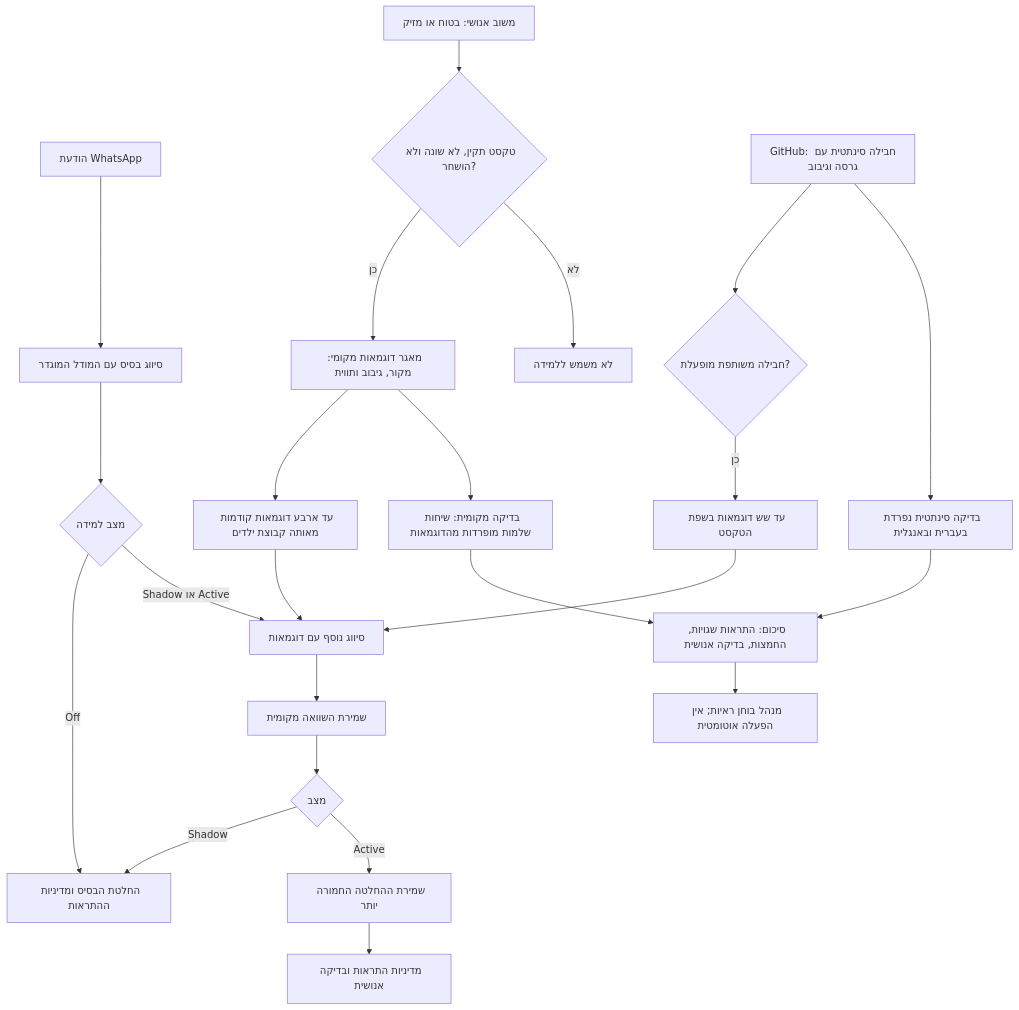
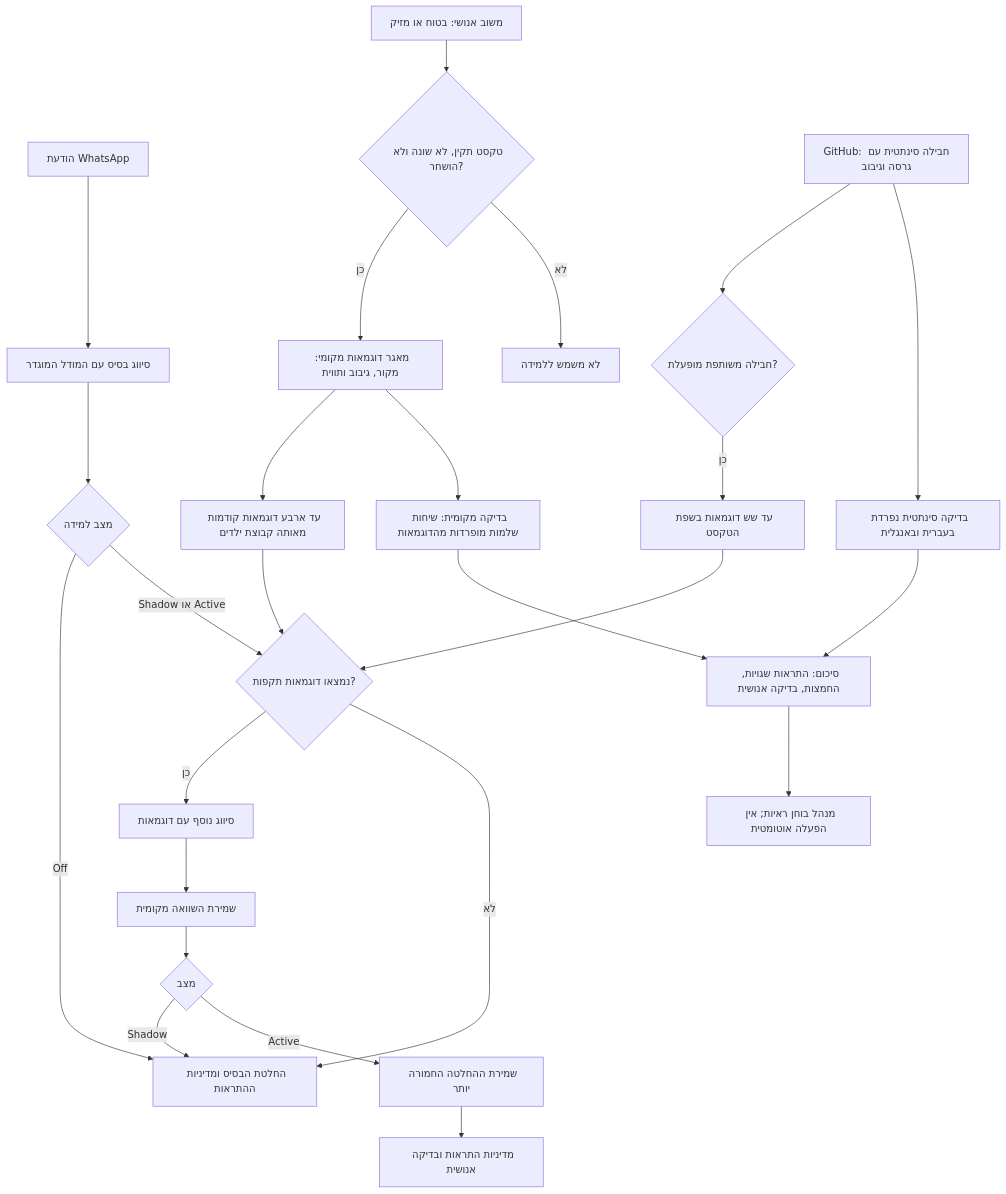
One commit to NirBY/Iris changed the first of 2 diagrams in LEARNING_FLOW.he.md. Above: the diagram before and after it, drawn with Mermaid.

Commit message:
Clarify no-example branch in learning flow diagram

````diff
--- a/LEARNING_FLOW.he.md
+++ b/LEARNING_FLOW.he.md
@@ -9,25 +9,27 @@
 ```mermaid
 flowchart TD
     MSG[הודעת WhatsApp] --> BASE[סיווג בסיס עם המודל המוגדר]
     REVIEW[משוב אנושי: בטוח או מזיק] --> ELIGIBLE{טקסט תקין, לא שונה ולא הושחר?}
     ELIGIBLE -->|כן| PRIVATE[מאגר דוגמאות מקומי: מקור, גיבוב ותווית]
     ELIGIBLE -->|לא| EXCLUDE[לא משמש ללמידה]
     PRIVATE --> RETRIEVE[עד ארבע דוגמאות קודמות מאותה קבוצת ילדים]
     PUBLIC[GitHub: חבילה סינתטית עם גרסה וגיבוב] --> ENABLED{חבילה משותפת מופעלת?}
     ENABLED -->|כן| REFERENCES[עד שש דוגמאות בשפת הטקסט]
     BASE --> MODE{מצב למידה}
     MODE -->|Off| ORIGINAL[החלטת הבסיס ומדיניות ההתראות]
-    MODE -->|Shadow או Active| CANDIDATE[סיווג נוסף עם דוגמאות]
-    RETRIEVE --> CANDIDATE
-    REFERENCES --> CANDIDATE
+    MODE -->|Shadow או Active| FOUND{נמצאו דוגמאות תקפות?}
+    RETRIEVE --> FOUND
+    REFERENCES --> FOUND
+    FOUND -->|כן| CANDIDATE[סיווג נוסף עם דוגמאות]
+    FOUND -->|לא| ORIGINAL
     CANDIDATE --> EVIDENCE[שמירת השוואה מקומית]
     EVIDENCE --> DECISION{מצב}
     DECISION -->|Shadow| ORIGINAL
     DECISION -->|Active| STRONGER[שמירת ההחלטה החמורה יותר]
     STRONGER --> ALERTS[מדיניות התראות ובדיקה אנושית]
     PRIVATE --> HOLDOUT[בדיקה מקומית: שיחות שלמות מופרדות מהדוגמאות]
     PUBLIC --> SYNTHETIC[בדיקה סינתטית נפרדת בעברית ובאנגלית]
     HOLDOUT --> METRICS[סיכום: התראות שגויות, החמצות, בדיקה אנושית]
     SYNTHETIC --> METRICS
     METRICS --> ADMIN[מנהל בוחן ראיות; אין הפעלה אוטומטית]
 ```
````
